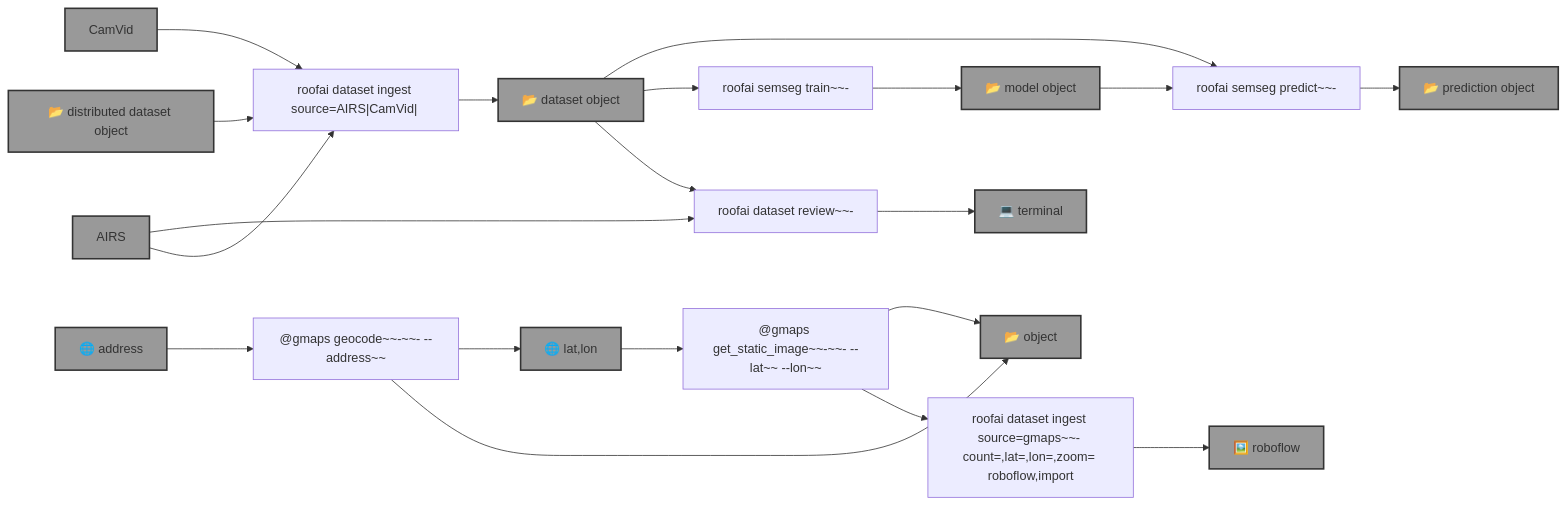
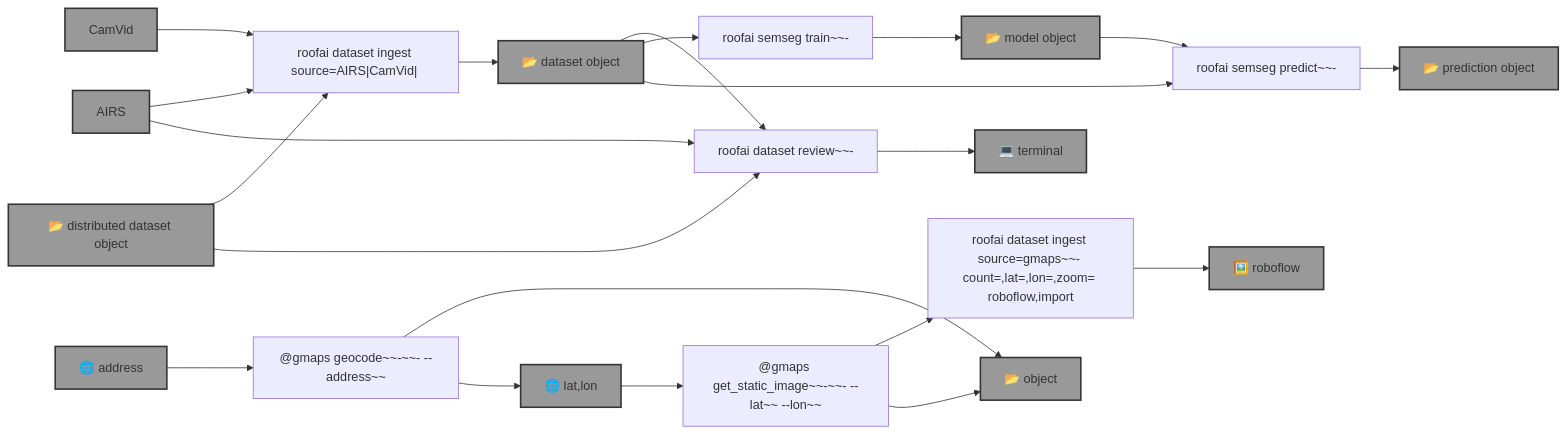
The diagram in template.md (kamangir/roofai), drawn with Mermaid before and after one commit. The commit also changed 2 other files, not shown here.

Commit message:
doc++ - kamangir/bolt#746 - no-workflow 🪄

````diff
--- a/template.md
+++ b/template.md
@@ -9,56 +9,57 @@
 ```mermaid
 graph LR
     dataset_ingest["roofai dataset ingest source=AIRS|CamVid|<distributed-dataset> <dataset-object-name>"]
 
     dataset_ingest_gmaps["roofai dataset ingest source=gmaps~~- count=<count>,lat=<lat>,lon=<lon>,zoom=<zoom> roboflow,import"]
 
     dataset_review["roofai dataset review~~- <dataset-object-name>"]
 
     gmaps_get_static_image["@gmaps get_static_image~~-~~- --lat~~<lat> --lon~~<lon>"]
 
     gmaps_geocode["@gmaps geocode~~-~~- --address~~<address>"]
 
     semseg_train["roofai semseg train~~- <dataset-object-name> <model-object-name>"]
 
     semseg_predict["roofai semseg predict~~- <model-object-name> <dataset-object-name> <prediction-object-name>"]
 
     address["🌐 address"]:::folder
     lat_lon["🌐 lat,lon"]:::folder
     AIRS["AIRS"]:::folder
     CamVid["CamVid"]:::folder
     dataset_object_name["📂 dataset object"]:::folder
     distributed_dataset_object_name["📂 distributed dataset object"]:::folder
     model_object_name["📂 model object"]:::folder
     prediction_object_name["📂 prediction object"]:::folder
     object_name["📂 object"]:::folder
     terminal["💻 terminal"]:::folder
     roboflow["🖼️ roboflow"]:::folder
 
     distributed_dataset_object_name --> dataset_ingest
     AIRS --> dataset_ingest
     CamVid --> dataset_ingest
     dataset_ingest --> dataset_object_name
 
     gmaps_get_static_image --> dataset_ingest_gmaps
     dataset_ingest_gmaps --> roboflow
 
     AIRS --> dataset_review
+    distributed_dataset_object_name --> dataset_review
     dataset_object_name --> dataset_review
     dataset_review --> terminal
 
     dataset_object_name --> semseg_train
     semseg_train --> model_object_name
 
     model_object_name --> semseg_predict
     dataset_object_name --> semseg_predict
     semseg_predict --> prediction_object_name
 
     lat_lon --> gmaps_get_static_image
     gmaps_get_static_image --> object_name
 
     address --> gmaps_geocode
     gmaps_geocode --> object_name
     gmaps_geocode --> lat_lon
 
     classDef folder fill:#999,stroke:#333,stroke-width:2px;
 ```
````
